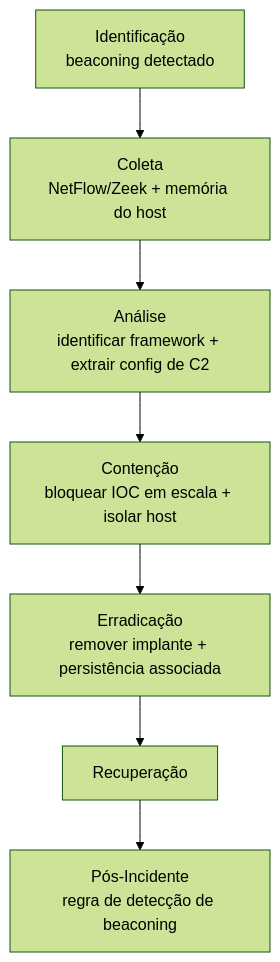
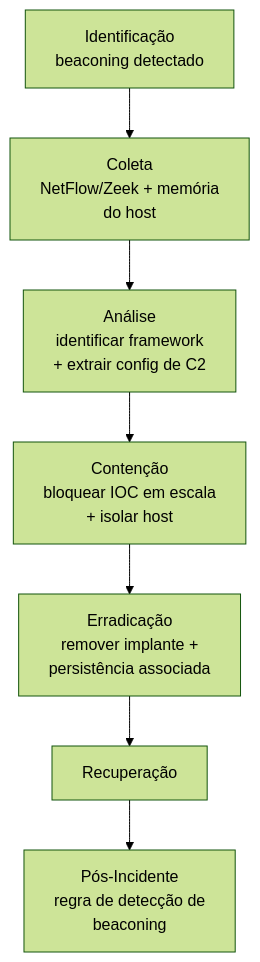
Before and after one commit to LuucasVerdun/Cyber-Attack-Analysis-Framework: the diagram in Attack-Categories/C2/README.md, drawn with Mermaid (forest theme). The commit also changed 28 other files, not shown here.

````diff
--- a/Attack-Categories/C2/README.md
+++ b/Attack-Categories/C2/README.md
@@ -46,9 +46,9 @@
 ```mermaid
 flowchart TD
-    A[Identificação<br/>beaconing detectado] --> B[Coleta<br/>NetFlow/Zeek + memória do host]
-    B --> C[Análise<br/>identificar framework + extrair config de C2]
-    C --> D[Contenção<br/>bloquear IOC em escala + isolar host]
-    D --> E[Erradicação<br/>remover implante + persistência associada]
+    A[Identificação<br/>beaconing detectado] --> B[Coleta<br/>NetFlow/Zeek + memória<br/>do host]
+    B --> C[Análise<br/>identificar framework<br/>+ extrair config de C2]
+    C --> D[Contenção<br/>bloquear IOC em escala<br/>+ isolar host]
+    D --> E[Erradicação<br/>remover implante +<br/>persistência associada]
     E --> F[Recuperação]
-    F --> G[Pós-Incidente<br/>regra de detecção de beaconing]
+    F --> G[Pós-Incidente<br/>regra de detecção de<br/>beaconing]
 ```
````
